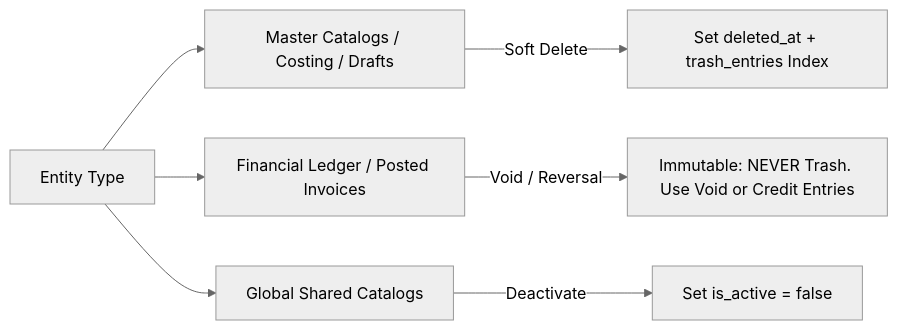
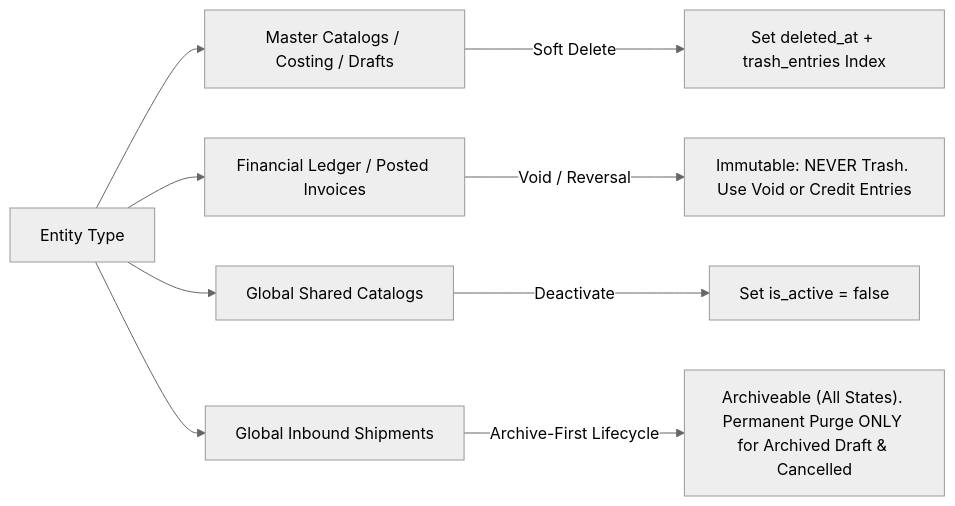
One commit to david-git-2/brandwala-wholesale-quasar-v2 changed the second of 2 diagrams in doc/trash/TRASH.md. Above: the diagram before and after it, drawn with Mermaid (neutral theme). The commit also changed other lines of this file and 36 other files, not shown here.

````diff
--- a/doc/trash/TRASH.md
+++ b/doc/trash/TRASH.md
@@ -48,10 +48,12 @@
 ```mermaid
 flowchart LR
     E["Entity Type"] --> M["Master Catalogs / Costing / Drafts"]
     E --> F["Financial Ledger / Posted Invoices"]
     E --> G["Global Shared Catalogs"]
+    E --> P["Global Inbound Shipments"]
 
     M -->|Soft Delete| S1["Set deleted_at + trash_entries Index"]
     F -->|Void / Reversal| S2["Immutable: NEVER Trash. Use Void or Credit Entries"]
     G -->|Deactivate| S3["Set is_active = false"]
+    P -->|Archive-First Lifecycle| S4["Archiveable (All States). Permanent Purge ONLY for Archived Draft & Cancelled"]
 ```
````
